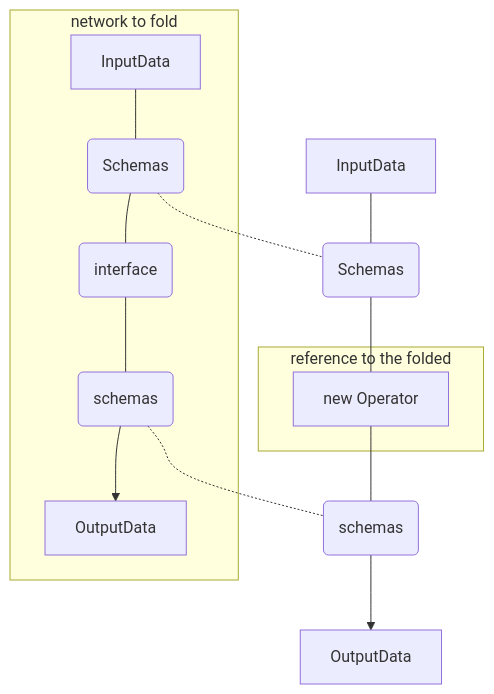
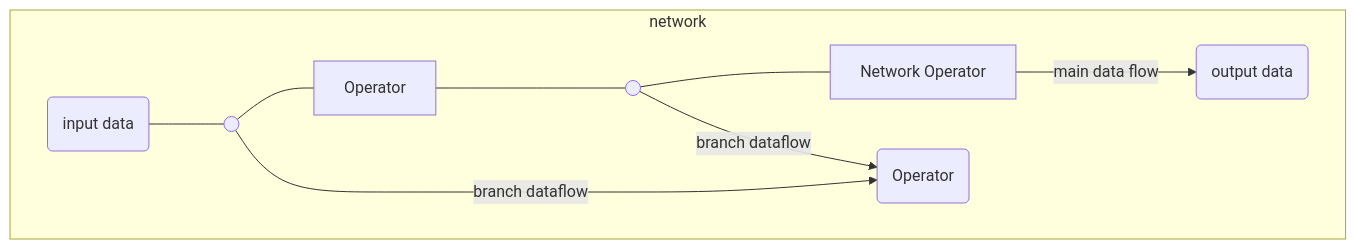
One commit to windwhiterain/Elf changed diagram 13 of 16 in readme.md. Above: the diagram before and after it, drawn with Mermaid. The commit also changed other lines of this file and 2 other files, not shown here.

````diff
--- a/readme.md
+++ b/readme.md
@@ -243,21 +407,13 @@
 ```mermaid
 graph TB
-    subgraph g1[network to fold]
-        in1[InputData]
-        out1[OutputData]
-        int1(interface)
-        sc1(Schemas)
-        sc2(schemas)
-        in1--- sc1--- int1--- sc2 -->out1
+    subgraph g1[network]
+        in(input data)
+        out(output data)
+        o1(( ))
+        op2[Operator]
+        o2(( ))
+        op3[Network Operator]
+        in--- o1--- op2--- o2--- op3--main data flow-->out
+        o1 & o2--branch dataflow-->o3(Operator)  
     end
-    in2[InputData]
-    out2[OutputData]
-    sc3(Schemas)
-    sc4(schemas)
-    subgraph g3[reference to the folded]
-        op1[new Operator]
-    end
-    sc1-.-sc3
-    sc2-.-sc4
-    in2--- sc3--- op1--- sc4-->out2
 ```
````
